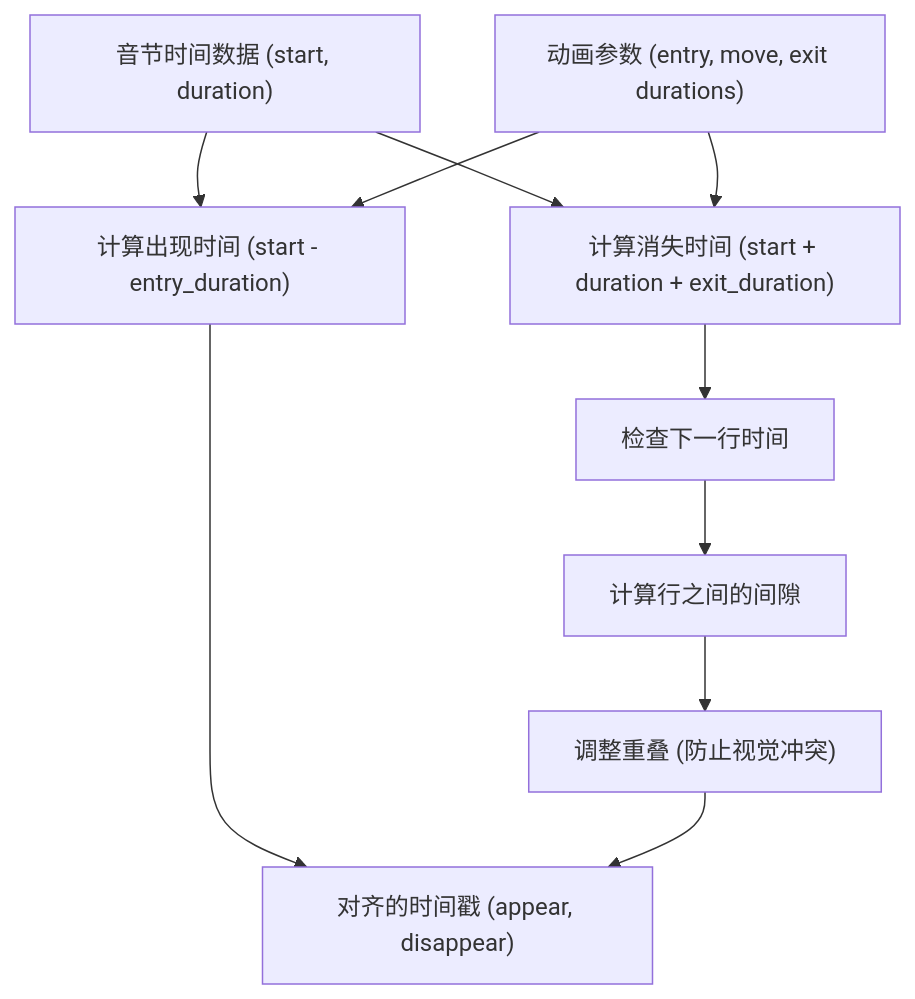
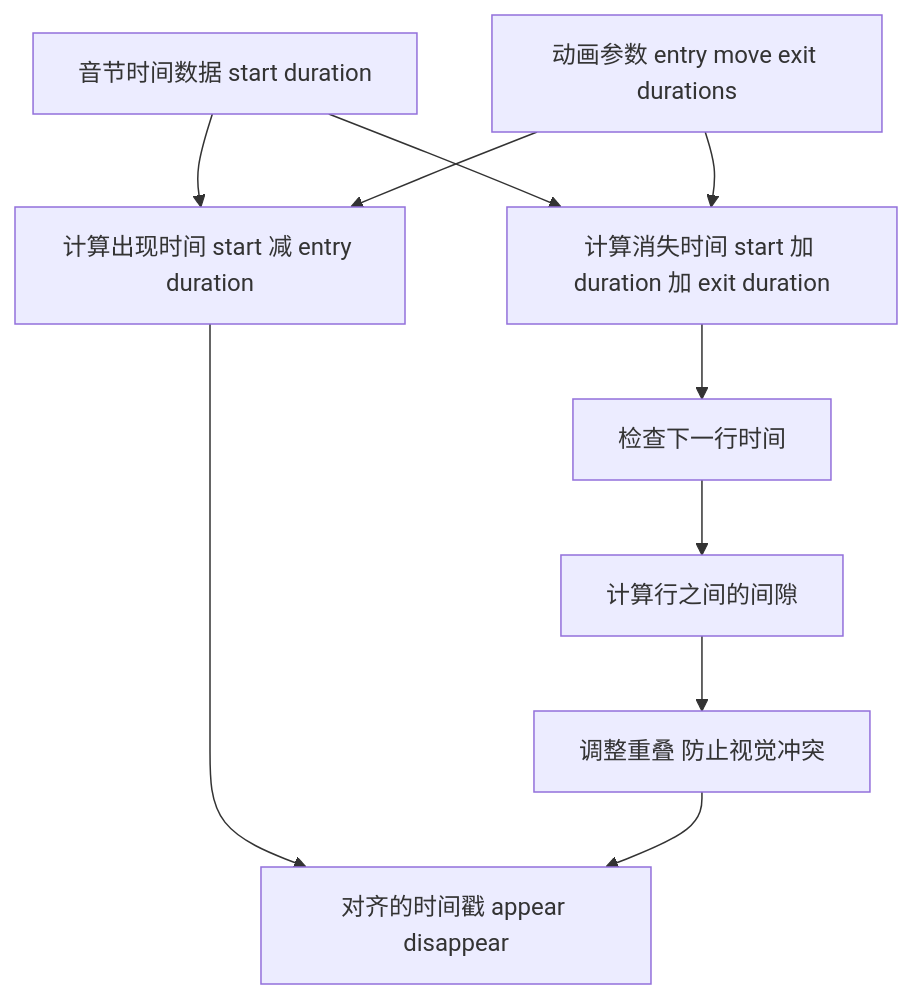
Diagram 41 of 44 in README.md (HKLHaoBin/LyricSphere), drawn with Mermaid before and after one commit. The commit also changed other lines of this file, not shown here.

First line of the commit message:
docs: 更新流程图中的文本格式和结构

````diff
--- a/README.md
+++ b/README.md
@@ -3790,20 +3795,22 @@
 ```mermaid
 flowchart TD
-SyllableTiming["音节时间数据 (start, duration)"]
-AnimParams["动画参数 (entry, move, exit durations)"]
-CalcAppear["计算出现时间 (start - entry_duration)"]
-CalcDisappear["计算消失时间 (start + duration + exit_duration)"]
-NextLineCheck["检查下一行时间"]
-GapCalc["计算行之间的间隙"]
-AdjustOverlap["调整重叠 (防止视觉冲突)"]
-AlignedTimestamps["对齐的时间戳 (appear, disappear)"]
-SyllableTiming --> CalcAppear
-SyllableTiming --> CalcDisappear
-AnimParams --> CalcAppear
-AnimParams --> CalcDisappear
-CalcDisappear --> NextLineCheck
-NextLineCheck --> GapCalc
-GapCalc --> AdjustOverlap
-CalcAppear --> AlignedTimestamps
-AdjustOverlap --> AlignedTimestamps
+    SyllableTiming["音节时间数据 start duration"]
+    AnimParams["动画参数 entry move exit durations"]
+    CalcAppear["计算出现时间 start 减 entry duration"]
+    CalcDisappear["计算消失时间 start 加 duration 加 exit duration"]
+    NextLineCheck["检查下一行时间"]
+    GapCalc["计算行之间的间隙"]
+    AdjustOverlap["调整重叠 防止视觉冲突"]
+    AlignedTimestamps["对齐的时间戳 appear disappear"]
+
+    SyllableTiming --> CalcAppear
+    SyllableTiming --> CalcDisappear
+    AnimParams --> CalcAppear
+    AnimParams --> CalcDisappear
+    CalcDisappear --> NextLineCheck
+    NextLineCheck --> GapCalc
+    GapCalc --> AdjustOverlap
+    CalcAppear --> AlignedTimestamps
+    AdjustOverlap --> AlignedTimestamps
+
 ```
````
